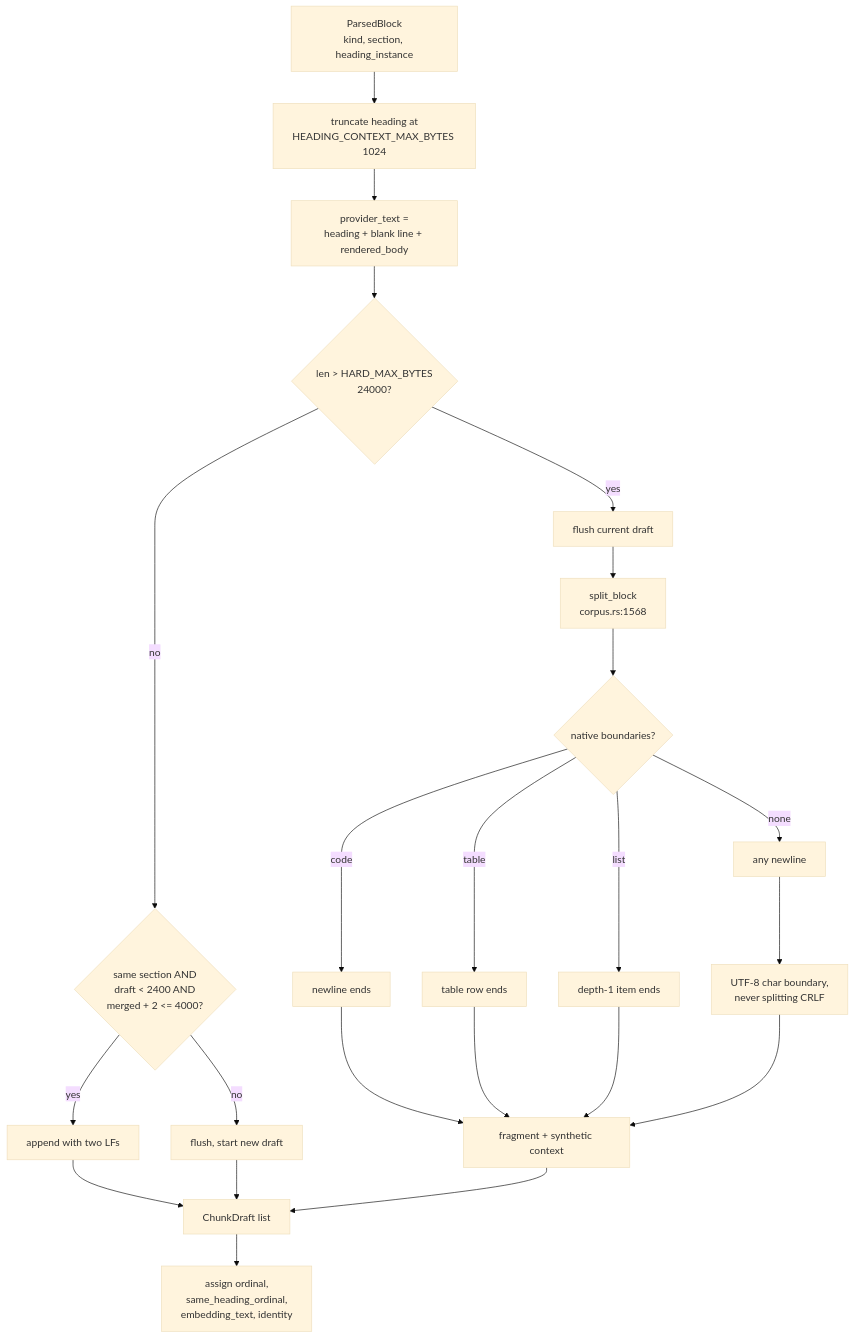
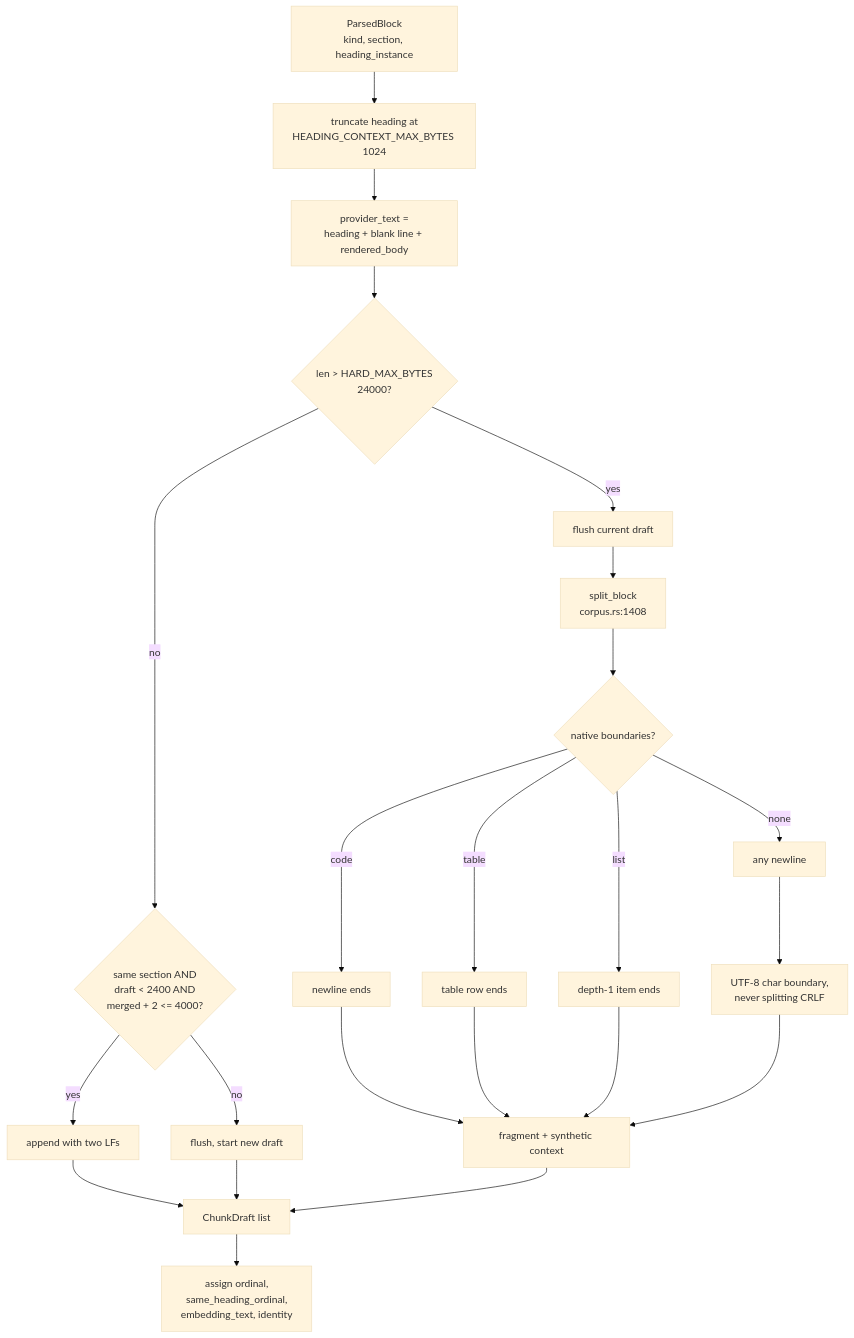
Before and after one commit to iantocristian/jscout: the second of 2 diagrams in docs/codebase-analysis/03-documentation-corpus.md, drawn with Mermaid (base theme). The commit also changed other lines of this file and 11 other files, not shown here.

````diff
--- a/docs/codebase-analysis/03-documentation-corpus.md
+++ b/docs/codebase-analysis/03-documentation-corpus.md
@@ -101,25 +103,25 @@
 ```mermaid
 flowchart TB
   BLK["ParsedBlock<br/>kind, section, heading_instance"] --> TRUNC["truncate heading at<br/>HEADING_CONTEXT_MAX_BYTES 1024"]
   TRUNC --> PT["provider_text =<br/>heading + blank line + rendered_body"]
   PT --> BIG{"len > HARD_MAX_BYTES<br/>24000?"}
   BIG -->|yes| FLUSH["flush current draft"]
-  FLUSH --> SPL["split_block<br/>corpus.rs:1568"]
+  FLUSH --> SPL["split_block<br/>corpus.rs:1408"]
   SPL --> NAT{"native boundaries?"}
   NAT -->|code| NL1["newline ends"]
   NAT -->|table| TR["table row ends"]
   NAT -->|list| LI["depth-1 item ends"]
   NAT -->|none| ANY["any newline"]
   ANY --> UTF["UTF-8 char boundary,<br/>never splitting CRLF"]
   NL1 --> FRAG["fragment + synthetic context"]
   TR --> FRAG
   LI --> FRAG
   UTF --> FRAG
   BIG -->|no| MERGE{"same section AND<br/>draft < 2400 AND<br/>merged + 2 <= 4000?"}
   MERGE -->|yes| APPEND["append with two LFs"]
   MERGE -->|no| NEWD["flush, start new draft"]
   APPEND --> DRAFTS["ChunkDraft list"]
   NEWD --> DRAFTS
   FRAG --> DRAFTS
   DRAFTS --> FIN["assign ordinal,<br/>same_heading_ordinal,<br/>embedding_text, identity"]
 ```
````
